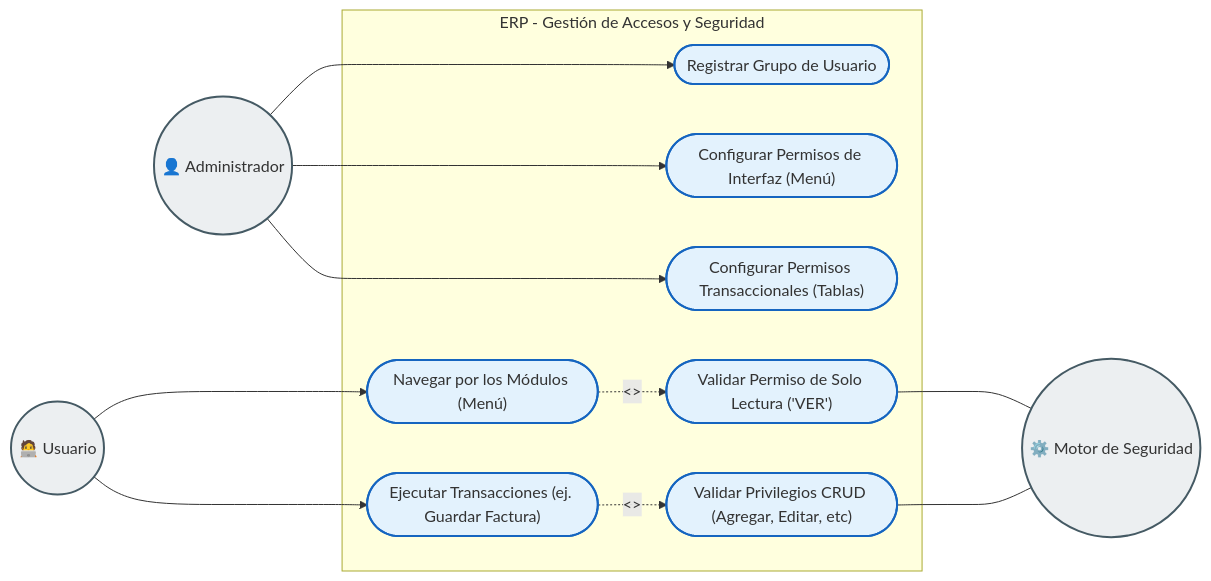
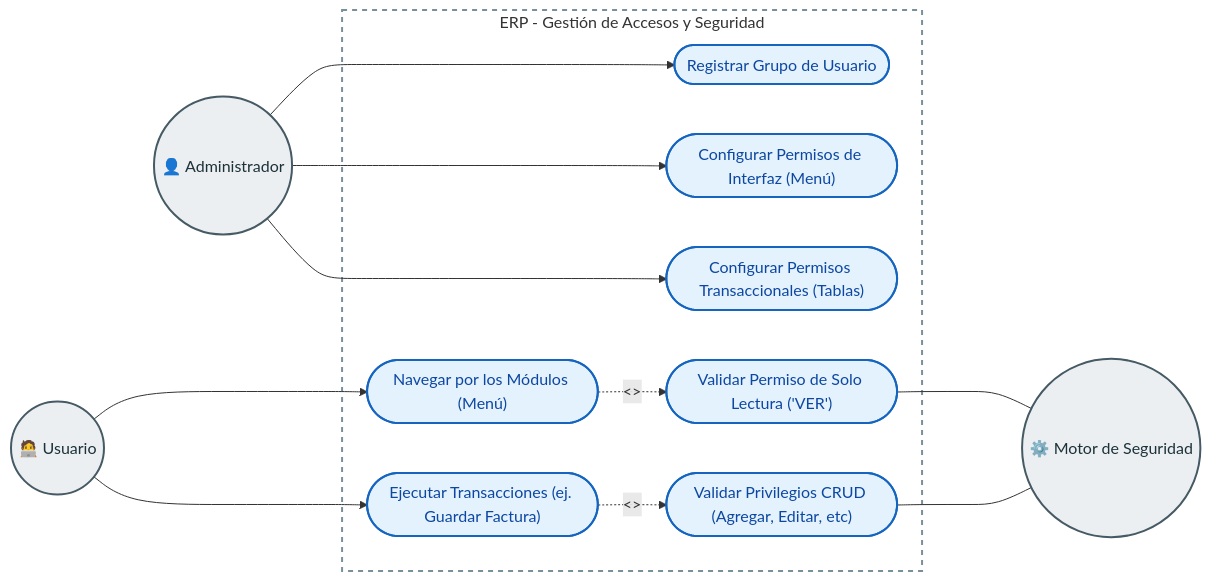
One commit to arturomiranda/ds-qs changed the second of 4 diagrams in data/1. Principales/Tablas/001_Seguridad_y_Permisos.md. Above: the diagram before and after it, drawn with Mermaid. The commit also changed other lines of this file and 1 other file, not shown here.

Commit message:
Mejoras en los colores de los diagramas UML

````diff
--- a/data/1. Principales/Tablas/001_Seguridad_y_Permisos.md
+++ b/data/1. Principales/Tablas/001_Seguridad_y_Permisos.md
@@ -99,45 +99,48 @@
 ```mermaid
 flowchart LR
-    %% Estilos simulando UML
-    classDef actor fill:#eceff1,stroke:#455a64,stroke-width:2px
-    classDef usecase fill:#e3f2fd,stroke:#1565c0,stroke-width:2px,shape:ellipse
+    %% Estilos UML corregidos para modo oscuro (se añade 'color')
+    classDef actor fill:#eceff1,stroke:#455a64,stroke-width:2px,color:#1c313a
+    classDef usecase fill:#e3f2fd,stroke:#1565c0,stroke-width:2px,shape:ellipse,color:#0d47a1
 
     %% Actores
     Admin(("👤 Administrador")):::actor
     Operador(("🧑‍💻 Usuario")):::actor
     Sistema(("⚙️ Motor de Seguridad")):::actor
 
-    %% Frontera del Sistema
-    subgraph "ERP - Gestión de Accesos y Seguridad"
+    %% Frontera del Sistema (Con ID para estilizado adaptativo)
+    subgraph seguridad ["ERP - Gestión de Accesos y Seguridad"]
 
         %% Casos de Uso: Configuración (Admin)
         CrearGrupo(["Registrar Grupo de Usuario"]):::usecase
         CfgMenu(["Configurar Permisos de Interfaz (Menú)"]):::usecase
         CfgTabla(["Configurar Permisos Transaccionales (Tablas)"]):::usecase
 
         %% Casos de Uso: Operación (Usuario)
         Navegar(["Navegar por los Módulos (Menú)"]):::usecase
         GestionarDatos(["Ejecutar Transacciones (ej. Guardar Factura)"]):::usecase
 
         %% Casos de Uso: Reglas (Sistema)
         ValidarVisibilidad(["Validar Permiso de Solo Lectura ('VER')"]):::usecase
         ValidarAccion(["Validar Privilegios CRUD (Agregar, Editar, etc)"]):::usecase
     end
+
+    %% Estilo adaptativo para el contenedor (sin fondo rígido)
+    style seguridad fill:none,stroke:#78909c,stroke-width:2px,stroke-dasharray: 5 5
 
     %% Conexiones Administrador
     Admin ---> CrearGrupo
     Admin ---> CfgMenu
     Admin ---> CfgTabla
 
     %% Conexiones Operador
     Operador ---> Navegar
     Operador ---> GestionarDatos
 
     %% Conexiones Sistema (Actor Secundario)
     ValidarVisibilidad <--- Sistema
     ValidarAccion <--- Sistema
 
     %% Relaciones UML (Includes)
     Navegar -. "<<include>>" .-> ValidarVisibilidad
     GestionarDatos -. "<<include>>" .-> ValidarAccion
 ```
````
